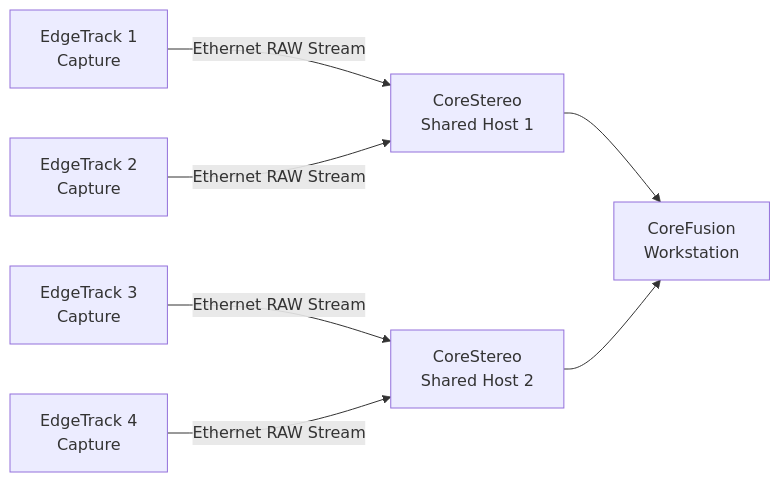
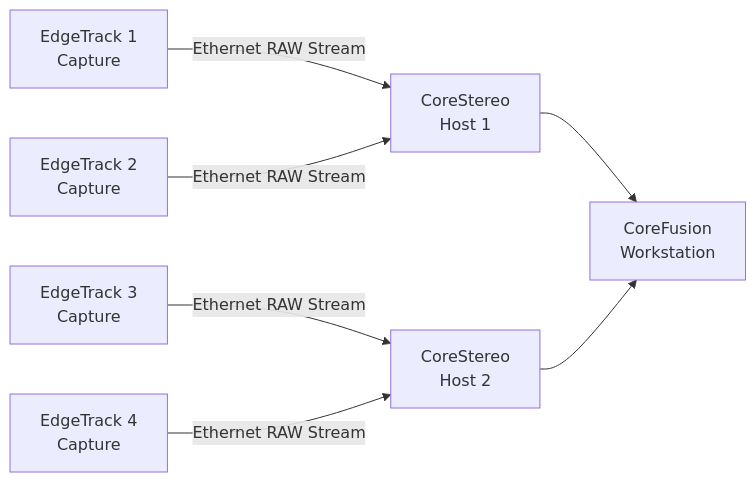
Before and after one commit to edgetrackorg/corestereo: the second of 3 diagrams in README.md, drawn with Mermaid. The commit also changed other lines of this file, not shown here.

````diff
--- a/README.md
+++ b/README.md
@@ -47,11 +47,11 @@
 ```mermaid
 flowchart LR
-    E1[EdgeTrack 1\nCapture] -->|Ethernet RAW Stream| C1[CoreStereo<br/>Shared Host 1]
+    E1[EdgeTrack 1\nCapture] -->|Ethernet RAW Stream| C1[CoreStereo<br/>Host 1]
     E2[EdgeTrack 2\nCapture] -->|Ethernet RAW Stream| C1
 
-    E3[EdgeTrack 3\nCapture] -->|Ethernet RAW Stream| C2[CoreStereo<br/>Shared Host 2]
+    E3[EdgeTrack 3\nCapture] -->|Ethernet RAW Stream| C2[CoreStereo<br/>Host 2]
     E4[EdgeTrack 4\nCapture] -->|Ethernet RAW Stream| C2   
 
     C1 --> F[CoreFusion<br/>Workstation]
     C2 --> F
 ```
````
